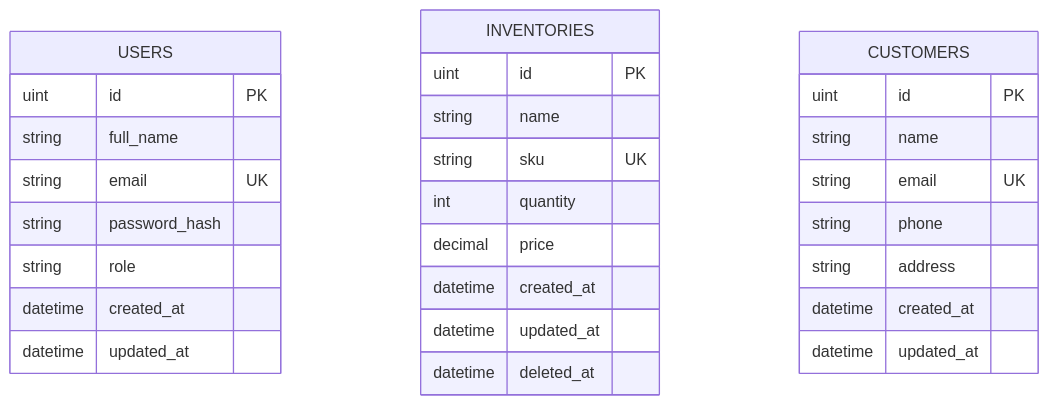
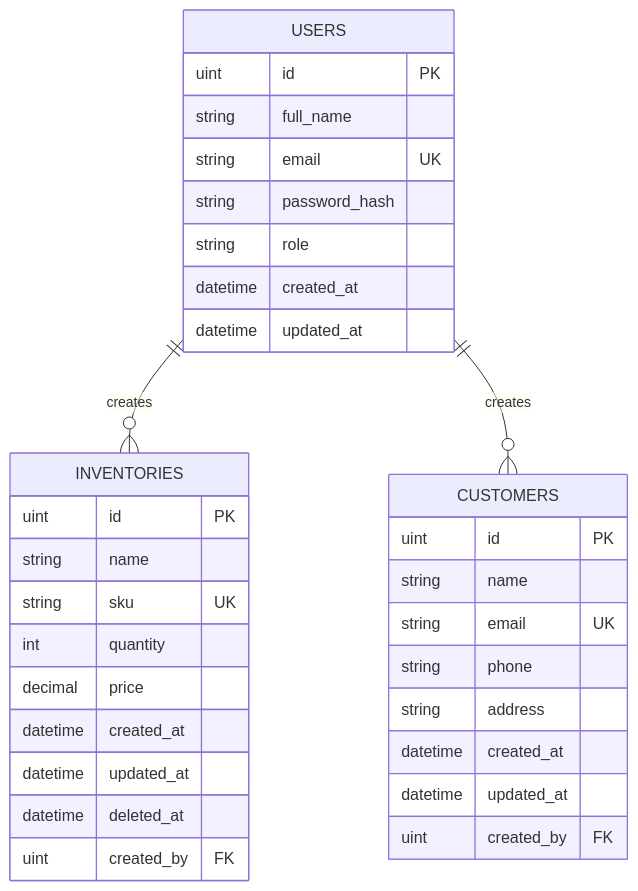
Before and after one commit to HimashaChinthani/IceCreamShop: the diagram in docs/er-diagram.mmd, drawn with Mermaid. The commit also changed 7 other files, not shown here.

```diff
--- a/docs/er-diagram.mmd
+++ b/docs/er-diagram.mmd
@@ -1,29 +1,34 @@
 erDiagram
     USERS {
         uint id PK
         string full_name
         string email UK
         string password_hash
         string role
         datetime created_at
         datetime updated_at
     }
     INVENTORIES {
         uint id PK
         string name
         string sku UK
         int quantity
         decimal price
         datetime created_at
         datetime updated_at
         datetime deleted_at
+        uint created_by FK
     }
     CUSTOMERS {
         uint id PK
         string name
         string email UK
         string phone
         string address
         datetime created_at
         datetime updated_at
+        uint created_by FK
     }
+
+    USERS ||--o{ INVENTORIES : creates
+    USERS ||--o{ CUSTOMERS : creates
```
